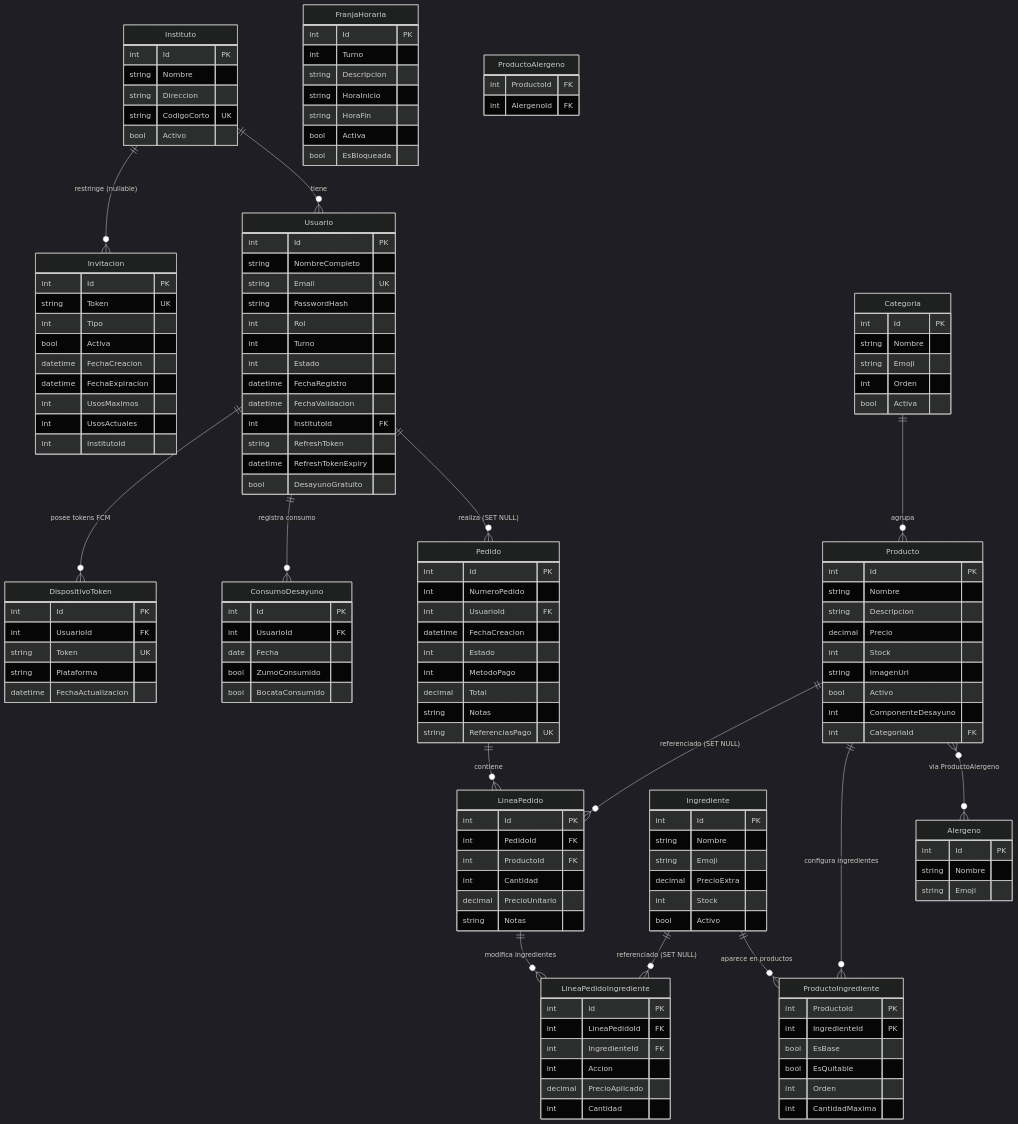
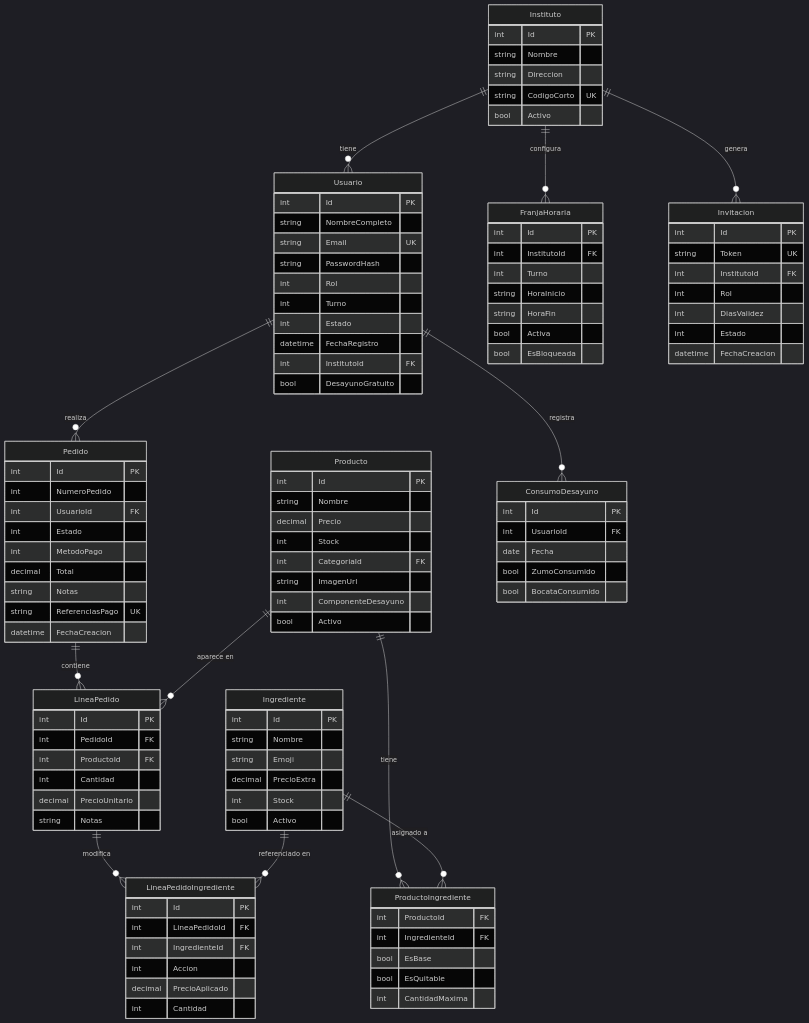
Before and after one commit to JoseGlezHerrera/CafeteriaInsti: the diagram in README.md, drawn with Mermaid (dark theme). The commit also changed other lines of this file and 2 other files, not shown here.

````diff
--- a/README.md
+++ b/README.md
@@ -577,58 +205,18 @@
         int Turno
         int Estado
         datetime FechaRegistro
-        datetime FechaValidacion
         int InstitutoId FK
-        string RefreshToken
-        datetime RefreshTokenExpiry
         bool DesayunoGratuito
-    }
-    FranjaHoraria {
-        int Id PK
-        int Turno
-        string Descripcion
-        string HoraInicio
-        string HoraFin
-        bool Activa
-        bool EsBloqueada
-    }
-    Invitacion {
-        int Id PK
-        string Token UK
-        int Tipo
-        bool Activa
-        datetime FechaCreacion
-        datetime FechaExpiracion
-        int UsosMaximos
-        int UsosActuales
-        int InstitutoId
-    }
-    Categoria {
-        int Id PK
-        string Nombre
-        string Emoji
-        int Orden
-        bool Activa
-    }
-    Alergeno {
-        int Id PK
-        string Nombre
-        string Emoji
     }
     Producto {
         int Id PK
         string Nombre
-        string Descripcion
         decimal Precio
         int Stock
+        int CategoriaId FK
         string ImagenUrl
+        int ComponenteDesayuno
         bool Activo
-        int ComponenteDesayuno
-        int CategoriaId FK
-    }
-    ProductoAlergeno {
-        int ProductoId FK
-        int AlergenoId FK
     }
     Ingrediente {
         int Id PK
@@ -639,23 +227,22 @@
         bool Activo
     }
     ProductoIngrediente {
-        int ProductoId PK
-        int IngredienteId PK
+        int ProductoId FK
+        int IngredienteId FK
         bool EsBase
         bool EsQuitable
-        int Orden
         int CantidadMaxima
     }
     Pedido {
         int Id PK
         int NumeroPedido
         int UsuarioId FK
-        datetime FechaCreacion
         int Estado
         int MetodoPago
         decimal Total
         string Notas
         string ReferenciasPago UK
+        datetime FechaCreacion
     }
     LineaPedido {
         int Id PK
@@ -680,25 +267,34 @@
         bool ZumoConsumido
         bool BocataConsumido
     }
-    DispositivoToken {
+    FranjaHoraria {
         int Id PK
-        int UsuarioId FK
+        int InstitutoId FK
+        int Turno
+        string HoraInicio
+        string HoraFin
+        bool Activa
+        bool EsBloqueada
+    }
+    Invitacion {
+        int Id PK
         string Token UK
-        string Plataforma
-        datetime FechaActualizacion
+        int InstitutoId FK
+        int Rol
+        int DiasValidez
+        int Estado
+        datetime FechaCreacion
     }
 
     Instituto ||--o{ Usuario : "tiene"
-    Instituto ||--o{ Invitacion : "restringe (nullable)"
-    Usuario ||--o{ Pedido : "realiza (SET NULL)"
-    Usuario ||--o{ ConsumoDesayuno : "registra consumo"
-    Usuario ||--o{ DispositivoToken : "posee tokens FCM"
-    Categoria ||--o{ Producto : "agrupa"
-    Producto }o--o{ Alergeno : "via ProductoAlergeno"
-    Producto ||--o{ ProductoIngrediente : "configura ingredientes"
-    Ingrediente ||--o{ ProductoIngrediente : "aparece en productos"
+    Instituto ||--o{ FranjaHoraria : "configura"
+    Instituto ||--o{ Invitacion : "genera"
+    Usuario ||--o{ Pedido : "realiza"
+    Usuario ||--o{ ConsumoDesayuno : "registra"
     Pedido ||--o{ LineaPedido : "contiene"
-    Producto ||--o{ LineaPedido : "referenciado (SET NULL)"
-    LineaPedido ||--o{ LineaPedidoIngrediente : "modifica ingredientes"
-    Ingrediente ||--o{ LineaPedidoIngrediente : "referenciado (SET NULL)"
+    LineaPedido ||--o{ LineaPedidoIngrediente : "modifica"
+    Producto ||--o{ LineaPedido : "aparece en"
+    Producto ||--o{ ProductoIngrediente : "tiene"
+    Ingrediente ||--o{ ProductoIngrediente : "asignado a"
+    Ingrediente ||--o{ LineaPedidoIngrediente : "referenciado en"
 ```
````
